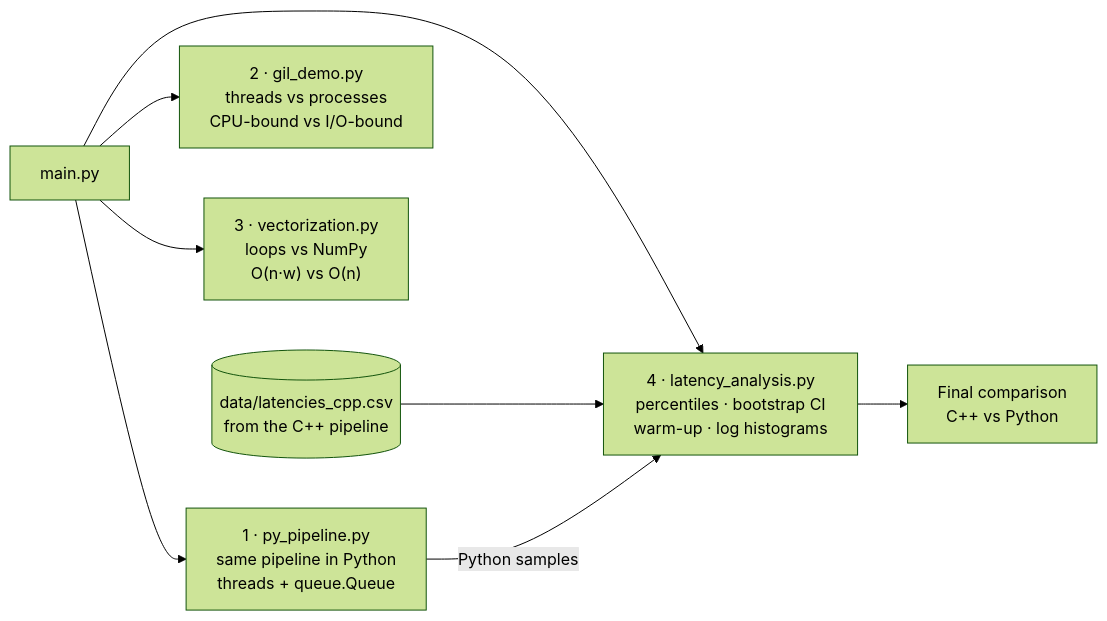
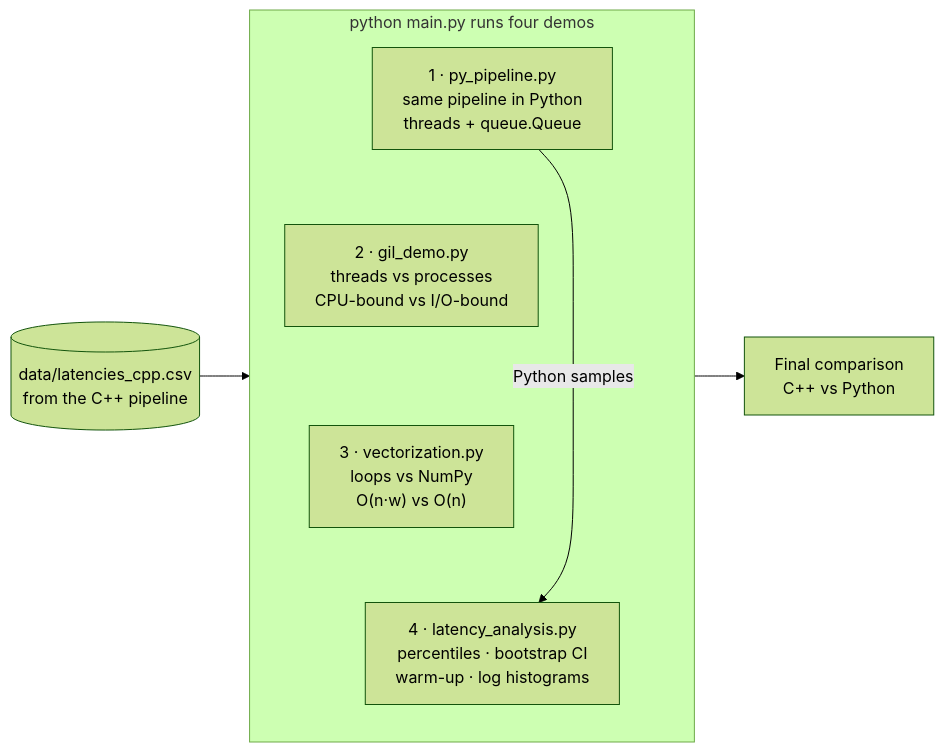
One commit to AbdelkaderBelhadj-code/python-performance-concurrency changed the diagram in README.md. Above: the diagram before and after it, drawn with Mermaid (forest theme).

Commit message:
README: clearer architecture diagram

````diff
--- a/README.md
+++ b/README.md
@@ -54,11 +54,14 @@
 ```mermaid
 flowchart LR
-    M["main.py"]
-    M --> PY["1 · py_pipeline.py<br/>same pipeline in Python<br/>threads + queue.Queue"]
-    M --> GIL["2 · gil_demo.py<br/>threads vs processes<br/>CPU-bound vs I/O-bound"]
-    M --> VEC["3 · vectorization.py<br/>loops vs NumPy<br/>O(n·w) vs O(n)"]
-    M --> AN["4 · latency_analysis.py<br/>percentiles · bootstrap CI<br/>warm-up · log histograms"]
+    subgraph demos["python main.py runs four demos"]
+        direction TB
+        PY["1 · py_pipeline.py<br/>same pipeline in Python<br/>threads + queue.Queue"]
+        GIL["2 · gil_demo.py<br/>threads vs processes<br/>CPU-bound vs I/O-bound"]
+        VEC["3 · vectorization.py<br/>loops vs NumPy<br/>O(n·w) vs O(n)"]
+        AN["4 · latency_analysis.py<br/>percentiles · bootstrap CI<br/>warm-up · log histograms"]
+        PY ~~~ GIL ~~~ VEC ~~~ AN
+    end
     CSV[("data/latencies_cpp.csv<br/>from the C++ pipeline")] --> AN
     PY -- Python samples --> AN
     AN --> OUT["Final comparison<br/>C++ vs Python"]
 ```
````
